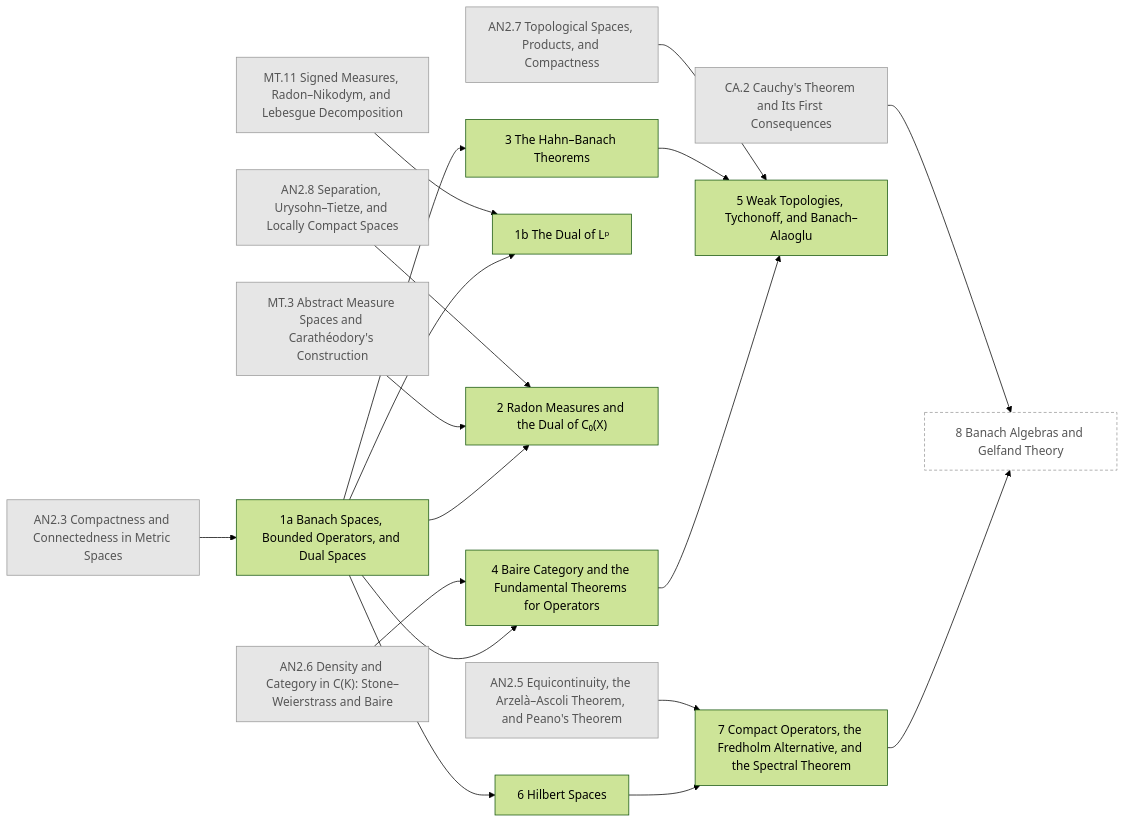
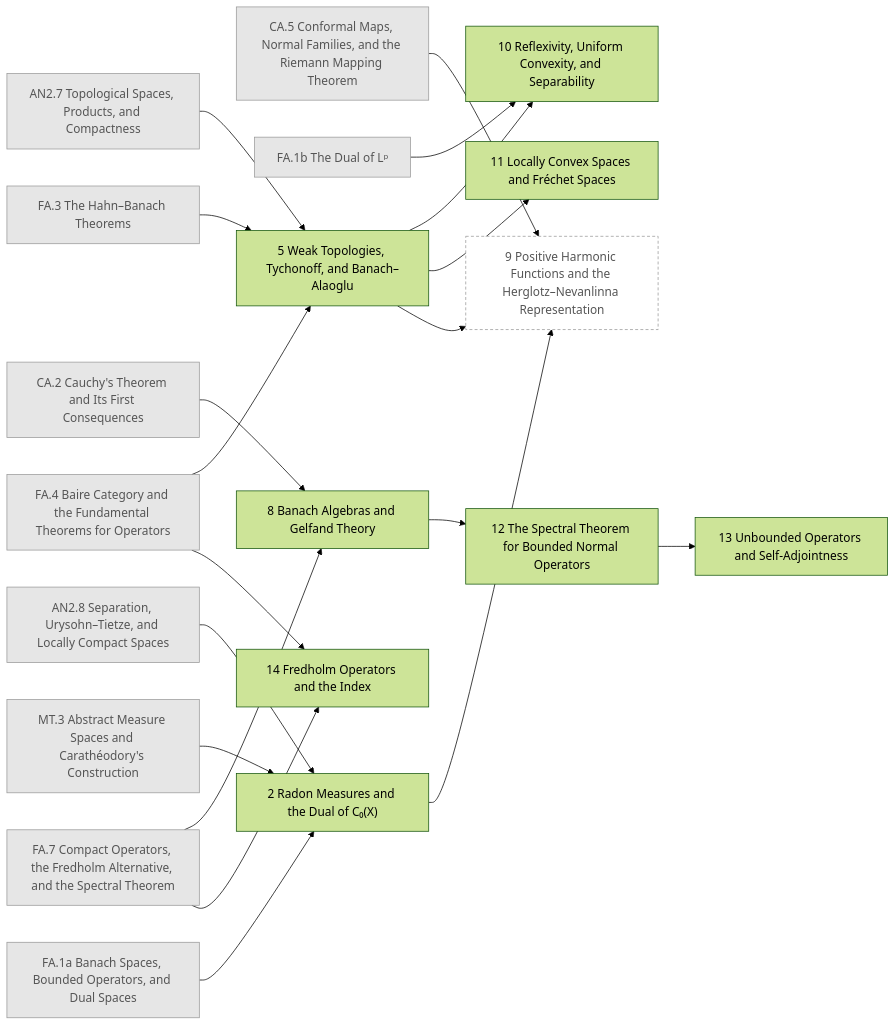
Diagram 21 of 30 in generated/README.md (AkizumiFox/math-atlas), drawn with Mermaid (forest theme) before and after one commit. The commit also changed other lines of this file and 41 other files, not shown here.

````diff
--- a/generated/README.md
+++ b/generated/README.md
@@ -566,40 +656,43 @@
 ```mermaid
 flowchart LR
-  AN2_3["AN2.3 Compactness and Connectedness in Metric Spaces"]:::ext
-  AN2_5["AN2.5 Equicontinuity, the Arzelà–Ascoli Theorem, and Peano's Theorem"]:::ext
-  AN2_6["AN2.6 Density and Category in C(K): Stone–Weierstrass and Baire"]:::ext
   AN2_7["AN2.7 Topological Spaces, Products, and Compactness"]:::ext
   AN2_8["AN2.8 Separation, Urysohn–Tietze, and Locally Compact Spaces"]:::ext
+  CA_2["CA.2 Cauchy's Theorem and Its First Consequences"]:::ext
+  CA_5["CA.5 Conformal Maps, Normal Families, and the Riemann Mapping Theorem"]:::ext
   MT_3["MT.3 Abstract Measure Spaces and Carathéodory's Construction"]:::ext
-  MT_11["MT.11 Signed Measures, Radon–Nikodym, and Lebesgue Decomposition"]:::ext
-  CA_2["CA.2 Cauchy's Theorem and Its First Consequences"]:::ext
-  FA_1a["1a Banach Spaces, Bounded Operators, and Dual Spaces"]
-  FA_1b["1b The Dual of Lᵖ"]
+  FA_1a["FA.1a Banach Spaces, Bounded Operators, and Dual Spaces"]:::ext
+  FA_4["FA.4 Baire Category and the Fundamental Theorems for Operators"]:::ext
+  FA_3["FA.3 The Hahn–Banach Theorems"]:::ext
+  FA_1b["FA.1b The Dual of Lᵖ"]:::ext
+  FA_7["FA.7 Compact Operators, the Fredholm Alternative, and the Spectral Theorem"]:::ext
   FA_2["2 Radon Measures and the Dual of C₀(X)"]
-  FA_3["3 The Hahn–Banach Theorems"]
-  FA_4["4 Baire Category and the Fundamental Theorems for Operators"]
   FA_5["5 Weak Topologies, Tychonoff, and Banach–Alaoglu"]
-  FA_6["6 Hilbert Spaces"]
-  FA_7["7 Compact Operators, the Fredholm Alternative, and the Spectral Theorem"]
-  FA_8["8 Banach Algebras and Gelfand Theory"]:::opt
-  AN2_3 --> FA_1a
-  MT_11 --> FA_1b
-  FA_1a --> FA_1b
+  FA_10["10 Reflexivity, Uniform Convexity, and Separability"]
+  FA_11["11 Locally Convex Spaces and Fréchet Spaces"]
+  FA_8["8 Banach Algebras and Gelfand Theory"]
+  FA_12["12 The Spectral Theorem for Bounded Normal Operators"]
+  FA_13["13 Unbounded Operators and Self-Adjointness"]
+  FA_14["14 Fredholm Operators and the Index"]
+  CA_9["9 Positive Harmonic Functions and the Herglotz–Nevanlinna Representation"]:::opt
   AN2_8 --> FA_2
   MT_3 --> FA_2
   FA_1a --> FA_2
-  FA_1a --> FA_3
-  AN2_6 --> FA_4
-  FA_1a --> FA_4
   AN2_7 --> FA_5
+  FA_4 --> FA_5
   FA_3 --> FA_5
-  FA_4 --> FA_5
-  FA_1a --> FA_6
-  AN2_5 --> FA_7
-  FA_6 --> FA_7
+  FA_1b --> FA_10
+  FA_5 --> FA_10
+  FA_5 --> FA_11
   CA_2 --> FA_8
   FA_7 --> FA_8
+  FA_8 --> FA_12
+  FA_12 --> FA_13
+  FA_4 --> FA_14
+  FA_7 --> FA_14
+  CA_5 --> CA_9
+  FA_2 --> CA_9
+  FA_5 --> CA_9
   classDef ext fill:#e6e6e6,stroke:#999,color:#555
   classDef opt fill:#fff,stroke:#999,stroke-dasharray:4 3,color:#555
   classDef segb fill:#f6f6fb,stroke:#99a,color:#333
 ```
````
